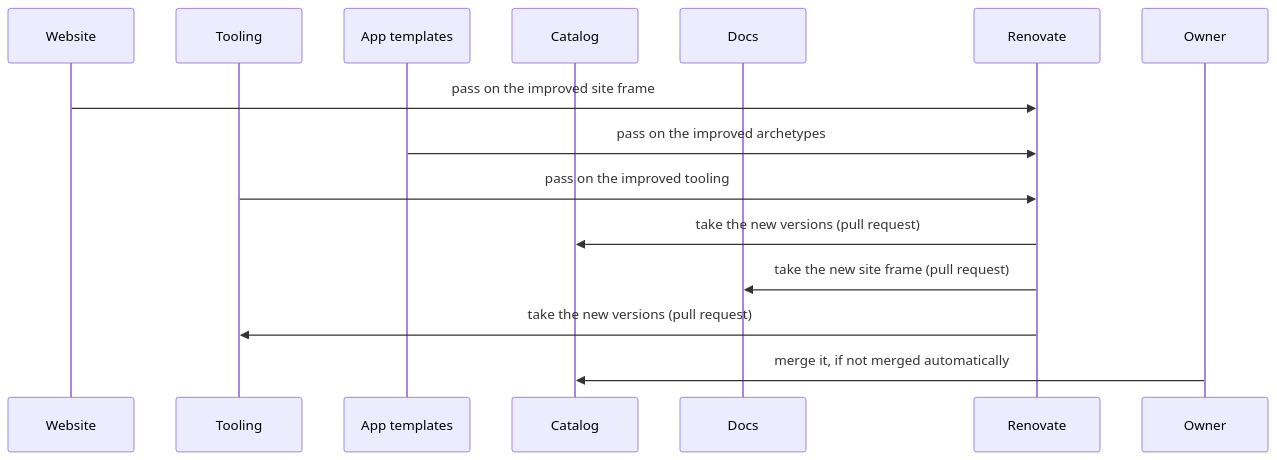
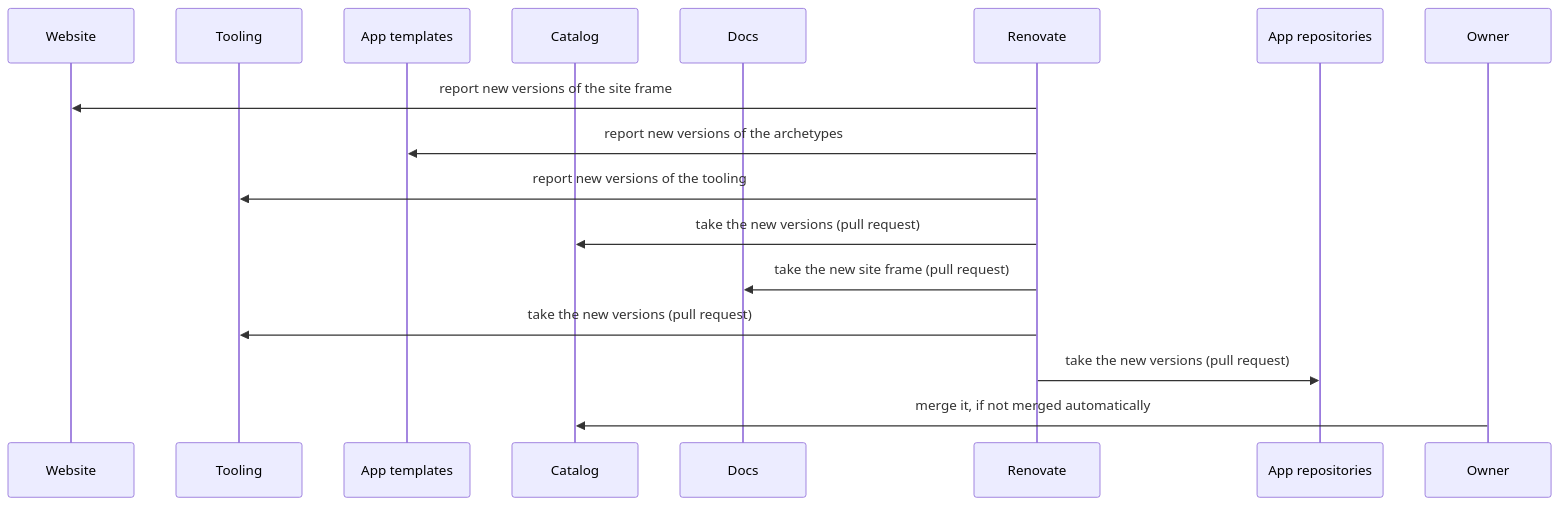
Before and after one commit to lernapps/docs: the fifth of 6 diagrams in docs/arc42/06-runtime-view.arc42.md, drawn with Mermaid. The commit also changed other lines of this file and 10 other files, not shown here.

First line of the commit message:
docs(overview): take every text from one source and draw each journey's flow

````diff
--- a/docs/arc42/06-runtime-view.arc42.md
+++ b/docs/arc42/06-runtime-view.arc42.md
@@ -200,17 +204,19 @@
 ```mermaid
 sequenceDiagram
     participant website as Website
     participant tooling as Tooling
     participant templates as App templates
     participant catalog as Catalog
     participant docs as Docs
     participant renovate as Renovate
+    participant apps as App repositories
     participant owner as Owner
-    website->>renovate: pass on the improved site frame
-    templates->>renovate: pass on the improved archetypes
-    tooling->>renovate: pass on the improved tooling
+    renovate->>website: report new versions of the site frame
+    renovate->>templates: report new versions of the archetypes
+    renovate->>tooling: report new versions of the tooling
     renovate->>catalog: take the new versions (pull request)
     renovate->>docs: take the new site frame (pull request)
     renovate->>tooling: take the new versions (pull request)
+    renovate->>apps: take the new versions (pull request)
     owner->>catalog: merge it, if not merged automatically
 ```
````
